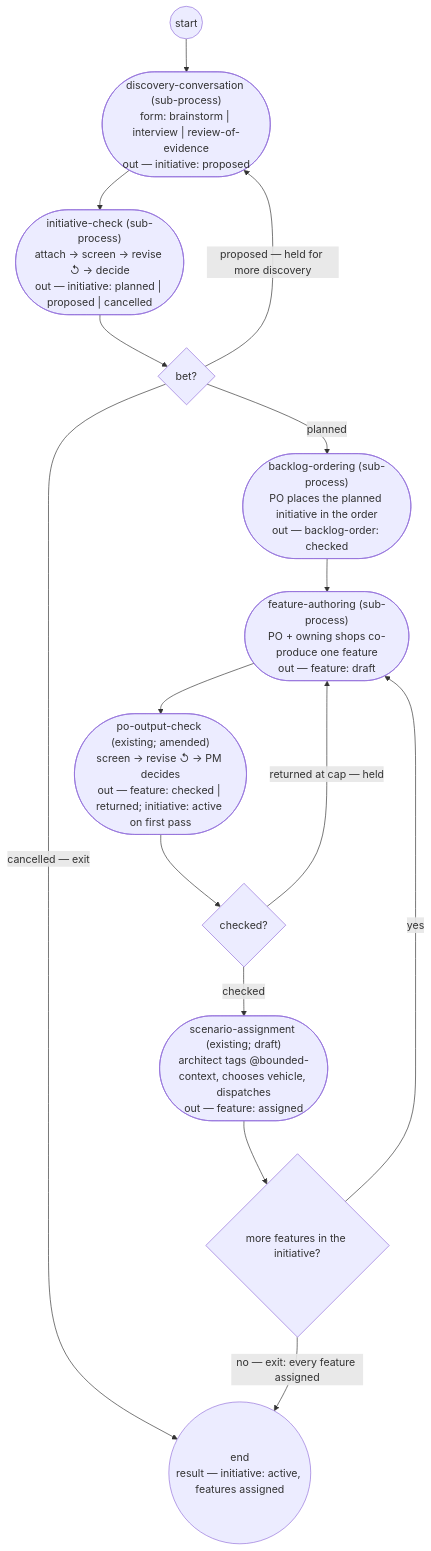
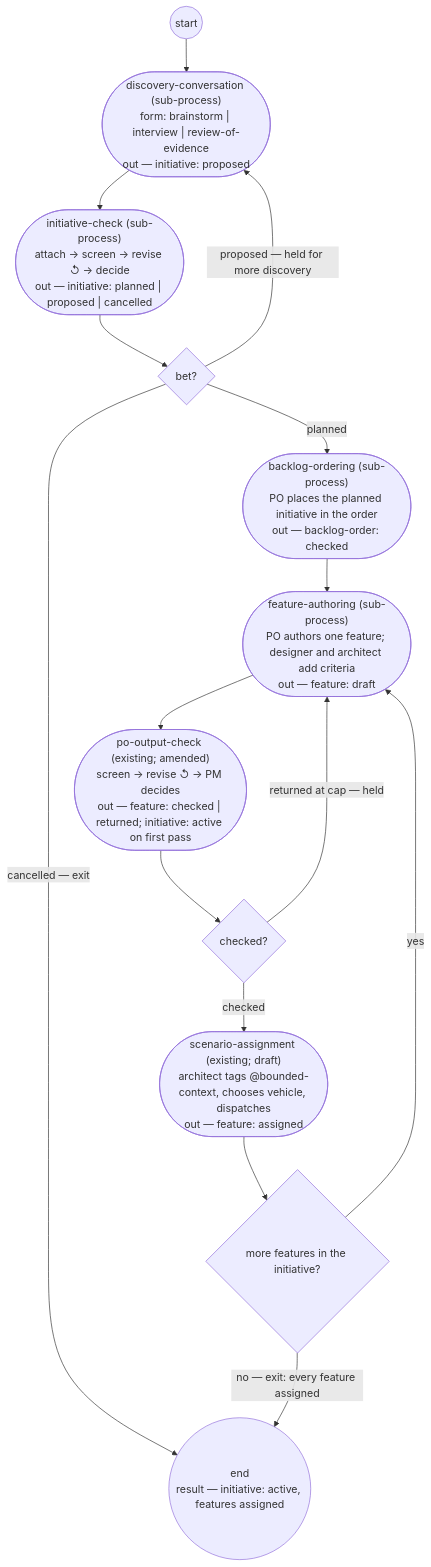
Before and after one commit to dstengle/shopsystem-product: the diagram in briefs/annex-032.md, drawn with Mermaid. The commit also changed other lines of this file and 8 other files, not shown here.

````diff
--- a/briefs/annex-032.md
+++ b/briefs/annex-032.md
@@ -14,27 +14,27 @@
 ```mermaid
 flowchart TD
   discover(["discovery-conversation (sub-process)<br/>form: brainstorm | interview | review-of-evidence<br/>out — initiative: proposed"])
   check(["initiative-check (sub-process)<br/>attach → screen → revise ↺ → decide<br/>out — initiative: planned | proposed | cancelled"])
   route1{"bet?"}
   order(["backlog-ordering (sub-process)<br/>PO places the planned initiative in the order<br/>out — backlog-order: checked"])
-  author(["feature-authoring (sub-process)<br/>PO + owning shops co-produce one feature<br/>out — feature: draft"])
+  author(["feature-authoring (sub-process)<br/>PO authors one feature; designer and architect add criteria<br/>out — feature: draft"])
   pocheck(["po-output-check (existing; amended)<br/>screen → revise ↺ → PM decides<br/>out — feature: checked | returned; initiative: active on first pass"])
   route2{"checked?"}
   assign(["scenario-assignment (existing; draft)<br/>architect tags @bounded-context, chooses vehicle, dispatches<br/>out — feature: assigned"])
   more{"more features in the initiative?"}
   __start(("start")) --> discover
   discover --> check
   check --> route1
   route1 -->|planned| order
   route1 -->|cancelled — exit| __end
   route1 -->|proposed — held for more discovery| discover
   order --> author
   author --> pocheck
   pocheck --> route2
   route2 -->|checked| assign
   route2 -->|returned at cap — held| author
   assign --> more
   more -->|yes| author
   more -->|no — exit: every feature assigned| __end
   __end(("end<br/>result — initiative: active, features assigned"))
 ```
````
